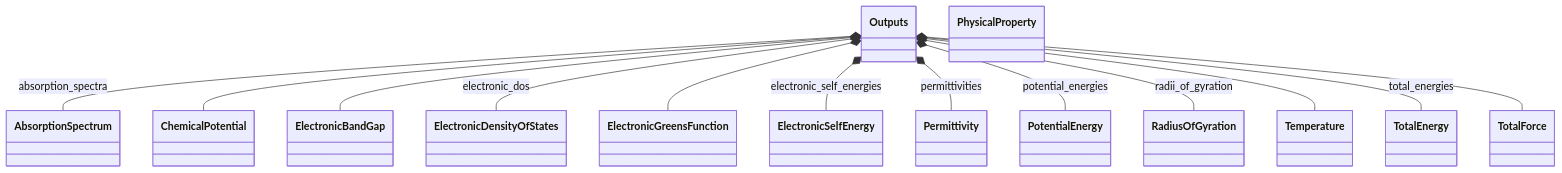
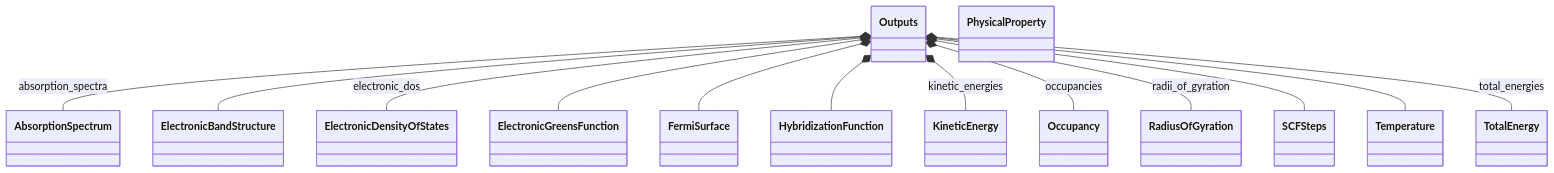
Before and after one commit to FAIRmat-NFDI/nomad-simulations: the first of 2 diagrams in docs/schema/outputs.diagram.md, drawn with Mermaid. The commit also changed other lines of this file and 29 other files, not shown here.

Commit message:
try mermaid line fix, document limitation in README

````diff
--- a/docs/schema/outputs.diagram.md
+++ b/docs/schema/outputs.diagram.md
@@ -14,43 +14,29 @@
 ```mermaid
 classDiagram
-    class AbsorptionSpectrum {
-    }
-    class ChemicalPotential {
-    }
-    class ElectronicBandGap {
-    }
-    class ElectronicDensityOfStates {
-    }
-    class ElectronicGreensFunction {
-    }
-    class ElectronicSelfEnergy {
-    }
-    class Outputs {
-    }
-    class Permittivity {
-    }
-    class PhysicalProperty {
-    }
-    class PotentialEnergy {
-    }
-    class RadiusOfGyration {
-    }
-    class Temperature {
-    }
-    class TotalEnergy {
-    }
-    class TotalForce {
-    }
+    class AbsorptionSpectrum
+    class ElectronicBandStructure
+    class ElectronicDensityOfStates
+    class ElectronicGreensFunction
+    class FermiSurface
+    class HybridizationFunction
+    class KineticEnergy
+    class Occupancy
+    class Outputs
+    class PhysicalProperty
+    class RadiusOfGyration
+    class SCFSteps
+    class Temperature
+    class TotalEnergy
     Outputs *-- AbsorptionSpectrum : absorption_spectra
-    Outputs *-- ChemicalPotential
-    Outputs *-- ElectronicBandGap
+    Outputs *-- ElectronicBandStructure
     Outputs *-- ElectronicDensityOfStates : electronic_dos
     Outputs *-- ElectronicGreensFunction
-    Outputs *-- ElectronicSelfEnergy : electronic_self_energies
-    Outputs *-- Permittivity : permittivities
-    Outputs *-- PotentialEnergy : potential_energies
+    Outputs *-- FermiSurface
+    Outputs *-- HybridizationFunction
+    Outputs *-- KineticEnergy : kinetic_energies
+    Outputs *-- Occupancy : occupancies
     Outputs *-- RadiusOfGyration : radii_of_gyration
+    Outputs *-- SCFSteps
     Outputs *-- Temperature
     Outputs *-- TotalEnergy : total_energies
-    Outputs *-- TotalForce
 ```
````
